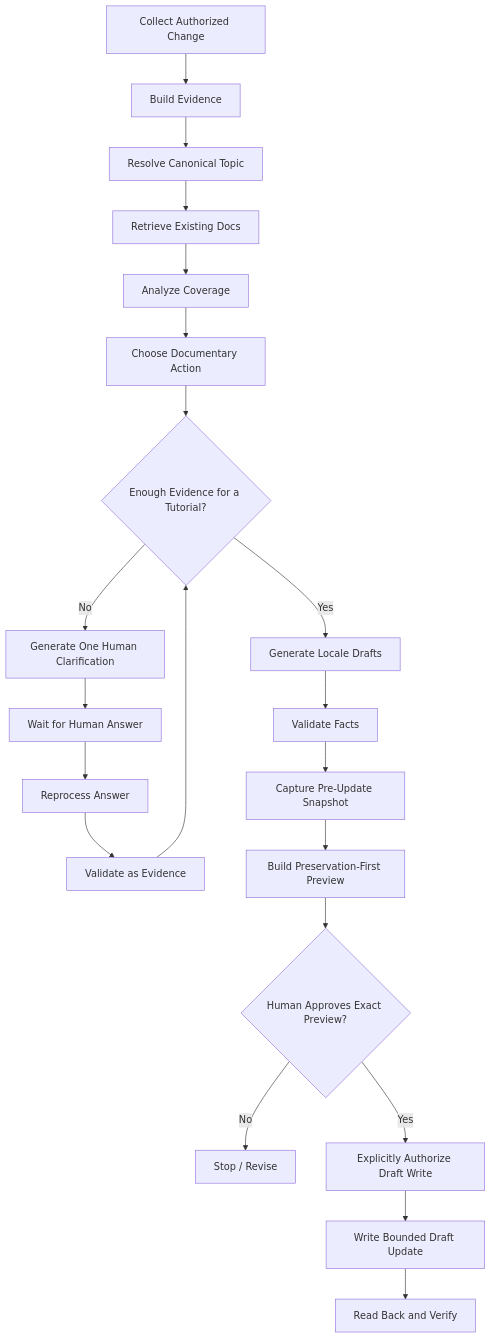
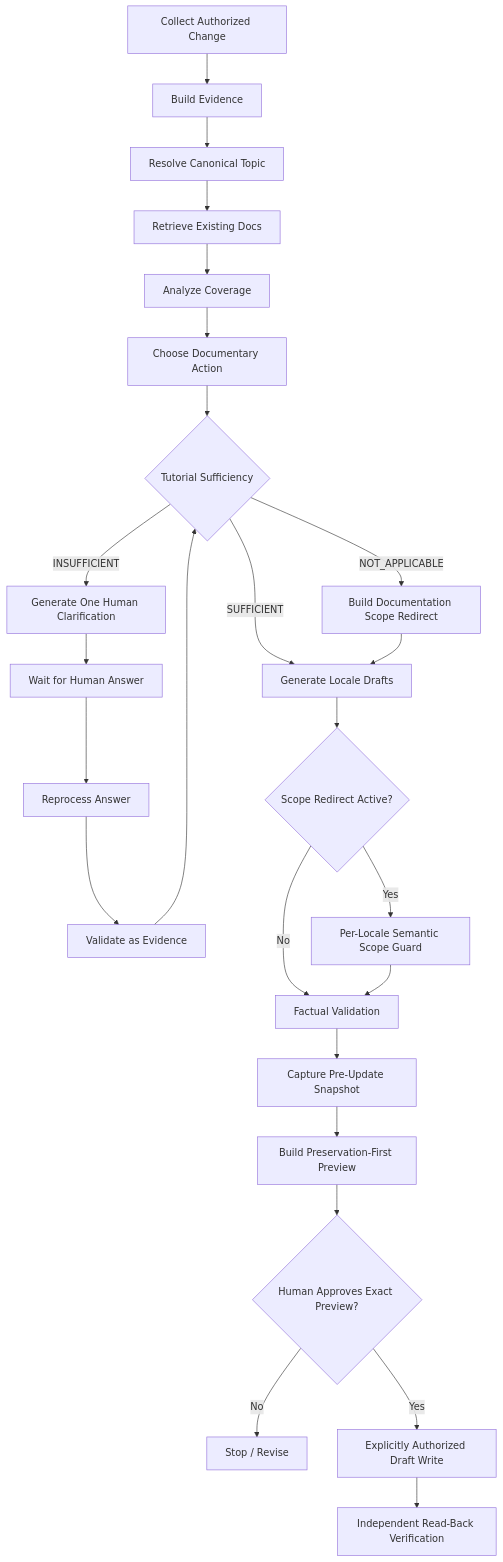
The first of 2 diagrams in showcase/WORKFLOW.md (erikasrcastro/bia-governed-documentation-showcase), drawn with Mermaid before and after one commit. The commit also changed other lines of this file, not shown here.

Commit message:
docs: update workflow for scope redirect lifecycle

```diff
--- a/showcase/WORKFLOW.md
+++ b/showcase/WORKFLOW.md
@@ -7,25 +7,32 @@
 ~~~mermaid
 flowchart TD
     A[Collect Authorized Change] --> B[Build Evidence]
     B --> C[Resolve Canonical Topic]
     C --> D[Retrieve Existing Docs]
     D --> E[Analyze Coverage]
     E --> F[Choose Documentary Action]
-    F --> G{Enough Evidence for a Tutorial?}
+    F --> G{Tutorial Sufficiency}
 
-    G -- No --> H[Generate One Human Clarification]
+    G -- SUFFICIENT --> L[Generate Locale Drafts]
+
+    G -- INSUFFICIENT --> H[Generate One Human Clarification]
     H --> I[Wait for Human Answer]
     I --> J[Reprocess Answer]
     J --> K[Validate as Evidence]
     K --> G
 
-    G -- Yes --> L[Generate Locale Drafts]
-    L --> M[Validate Facts]
+    G -- NOT_APPLICABLE --> R[Build Documentation Scope Redirect]
+    R --> L
+
+    L --> S{Scope Redirect Active?}
+    S -- Yes --> SG[Per-Locale Semantic Scope Guard]
+    S -- No --> M[Factual Validation]
+    SG --> M
+
     M --> N[Capture Pre-Update Snapshot]
     N --> O[Build Preservation-First Preview]
     O --> P{Human Approves Exact Preview?}
-    P -- No --> Q[Stop / Revise]
-    P -- Yes --> R[Explicitly Authorize Draft Write]
-    R --> S[Write Bounded Draft Update]
-    S --> T[Read Back and Verify]
+    P -- No --> X[Stop / Revise]
+    P -- Yes --> Q[Explicitly Authorized Draft Write]
+    Q --> T[Independent Read-Back Verification]
 ~~~
```
